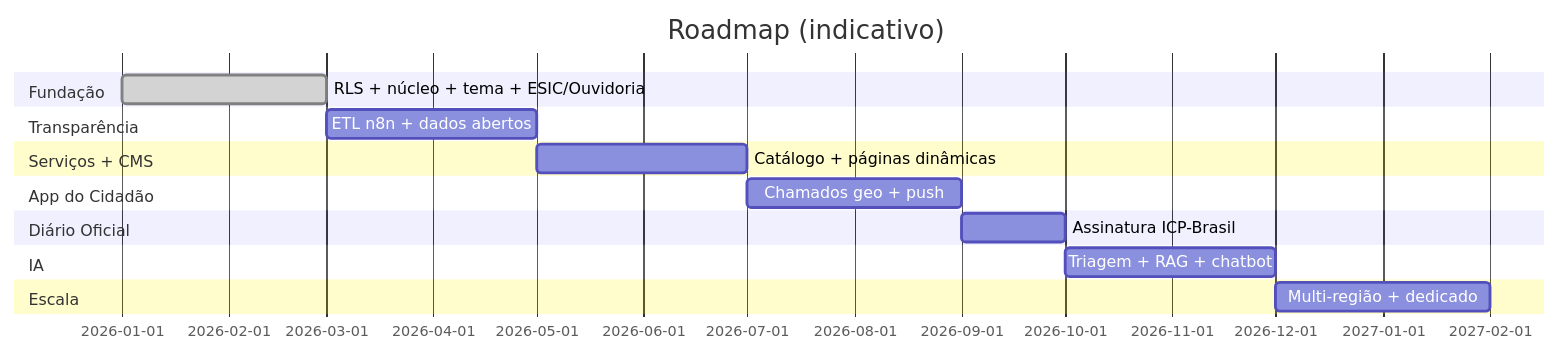
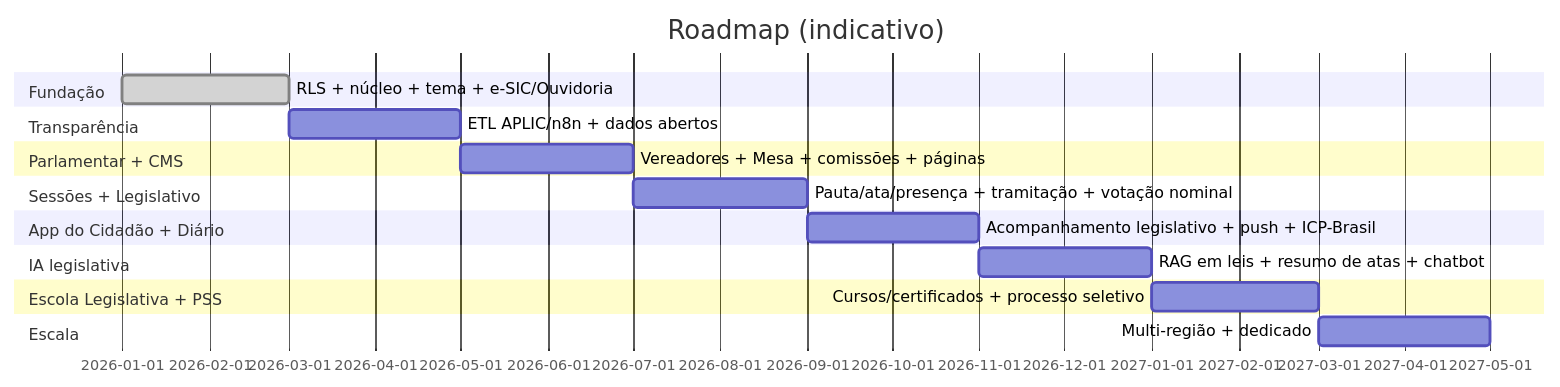
The diagram in docs/11-roadmap.md (lideratecnologiaegestao/PortalCMsLidera), drawn with Mermaid before and after one commit. The commit also changed other lines of this file and 27 other files, not shown here.

````diff
--- a/docs/11-roadmap.md
+++ b/docs/11-roadmap.md
@@ -5,19 +5,21 @@
 ```mermaid
 gantt
     title Roadmap (indicativo)
     dateFormat YYYY-MM
     section Fundação
-    RLS + núcleo + tema + ESIC/Ouvidoria :done, f1, 2026-01, 2M
+    RLS + núcleo + tema + e-SIC/Ouvidoria :done, f1, 2026-01, 2M
     section Transparência
-    ETL n8n + dados abertos :t1, after f1, 2M
-    section Serviços + CMS
-    Catálogo + páginas dinâmicas :s1, after t1, 2M
-    section App do Cidadão
-    Chamados geo + push :a1, after s1, 2M
-    section Diário Oficial
-    Assinatura ICP-Brasil :d1, after a1, 1M
-    section IA
-    Triagem + RAG + chatbot :i1, after d1, 2M
+    ETL APLIC/n8n + dados abertos :t1, after f1, 2M
+    section Parlamentar + CMS
+    Vereadores + Mesa + comissões + páginas :s1, after t1, 2M
+    section Sessões + Legislativo
+    Pauta/ata/presença + tramitação + votação nominal :a1, after s1, 2M
+    section App do Cidadão + Diário
+    Acompanhamento legislativo + push + ICP-Brasil :d1, after a1, 2M
+    section IA legislativa
+    RAG em leis + resumo de atas + chatbot :i1, after d1, 2M
+    section Escola Legislativa + PSS
+    Cursos/certificados + processo seletivo :p1, after i1, 2M
     section Escala
-    Multi-região + dedicado :e1, after i1, 2M
+    Multi-região + dedicado :e1, after p1, 2M
 ```
````
